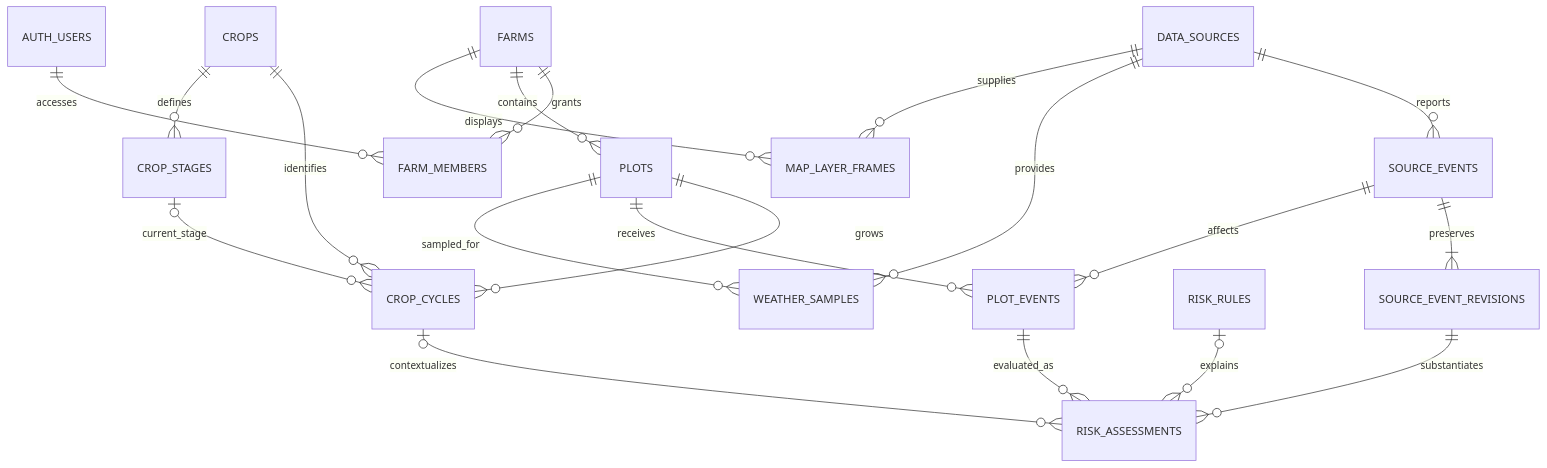
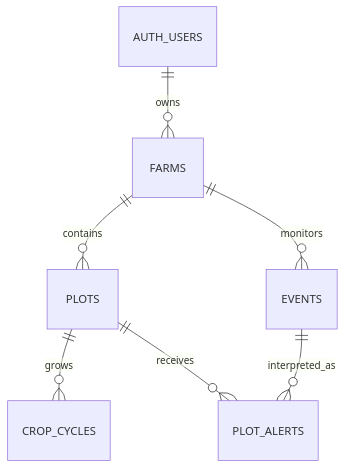
One commit to ticianomorvan/agrosense changed the diagram in docs/domain-model.md. Above: the diagram before and after it, drawn with Mermaid. The commit also changed other lines of this file and 1 other file, not shown here.

````diff
--- a/docs/domain-model.md
+++ b/docs/domain-model.md
@@ -57,22 +75,9 @@
 ```mermaid
 erDiagram
-    AUTH_USERS ||--o{ FARM_MEMBERS : accesses
-    FARMS ||--o{ FARM_MEMBERS : grants
+    AUTH_USERS ||--o{ FARMS : owns
     FARMS ||--o{ PLOTS : contains
     PLOTS ||--o{ CROP_CYCLES : grows
-    CROPS ||--o{ CROP_CYCLES : identifies
-    CROPS ||--o{ CROP_STAGES : defines
-    CROP_STAGES o|--o{ CROP_CYCLES : current_stage
-    DATA_SOURCES ||--o{ SOURCE_EVENTS : reports
-    SOURCE_EVENTS ||--|{ SOURCE_EVENT_REVISIONS : preserves
-    SOURCE_EVENTS ||--o{ PLOT_EVENTS : affects
-    PLOTS ||--o{ PLOT_EVENTS : receives
-    PLOT_EVENTS ||--o{ RISK_ASSESSMENTS : evaluated_as
-    CROP_CYCLES o|--o{ RISK_ASSESSMENTS : contextualizes
-    RISK_RULES o|--o{ RISK_ASSESSMENTS : explains
-    SOURCE_EVENT_REVISIONS ||--o{ RISK_ASSESSMENTS : substantiates
-    PLOTS ||--o{ WEATHER_SAMPLES : sampled_for
-    DATA_SOURCES ||--o{ WEATHER_SAMPLES : provides
-    FARMS ||--o{ MAP_LAYER_FRAMES : displays
-    DATA_SOURCES ||--o{ MAP_LAYER_FRAMES : supplies
+    FARMS ||--o{ EVENTS : monitors
+    EVENTS ||--o{ PLOT_ALERTS : interpreted_as
+    PLOTS ||--o{ PLOT_ALERTS : receives
 ```
````
